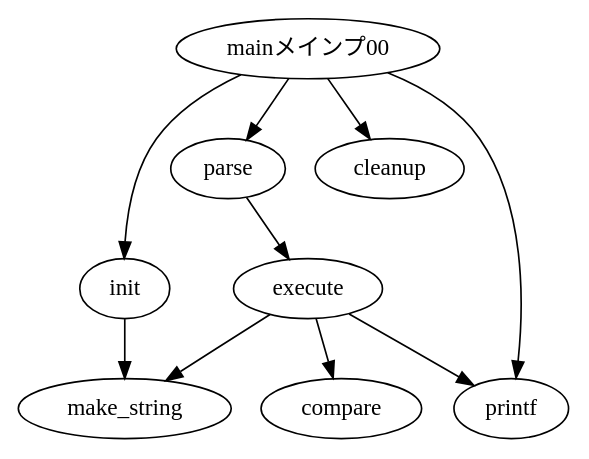
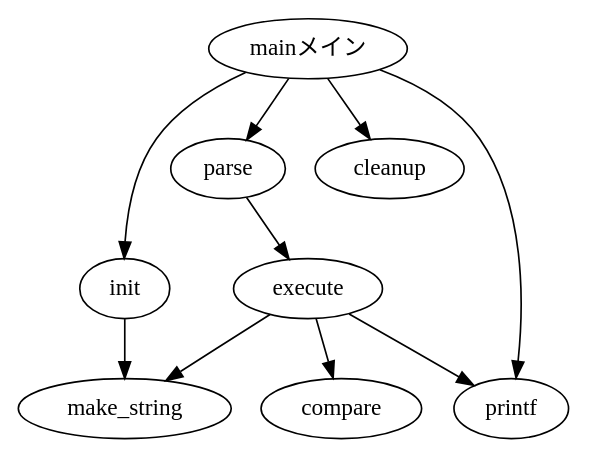
One commit to azarasi/asciidoctor-sample changed the third of 4 diagrams in sample/sample-diagram.adoc. Above: the diagram before and after it, drawn with Graphviz. The commit also changed other lines of this file and 3 other files, not shown here.

```diff
--- a/sample/sample-diagram.adoc
+++ b/sample/sample-diagram.adoc
@@ -224,17 +228,17 @@
 [graphviz,fig3-dot-diagram1,svg]
 ....
 digraph G {
   node [
     fontname = "mplus-1c-regular"
   ]
 
-	mainメインプ00 -> parse -> execute;
-	mainメインプ00 -> init;
-	mainメインプ00 -> cleanup;
+	mainメイン -> parse -> execute;
+	mainメイン -> init;
+	mainメイン -> cleanup;
 	execute -> make_string;
 	execute -> printf
 	init -> make_string;
-	mainメインプ00 -> printf;
+	mainメイン -> printf;
 	execute -> compare;
 }
 ....
```
